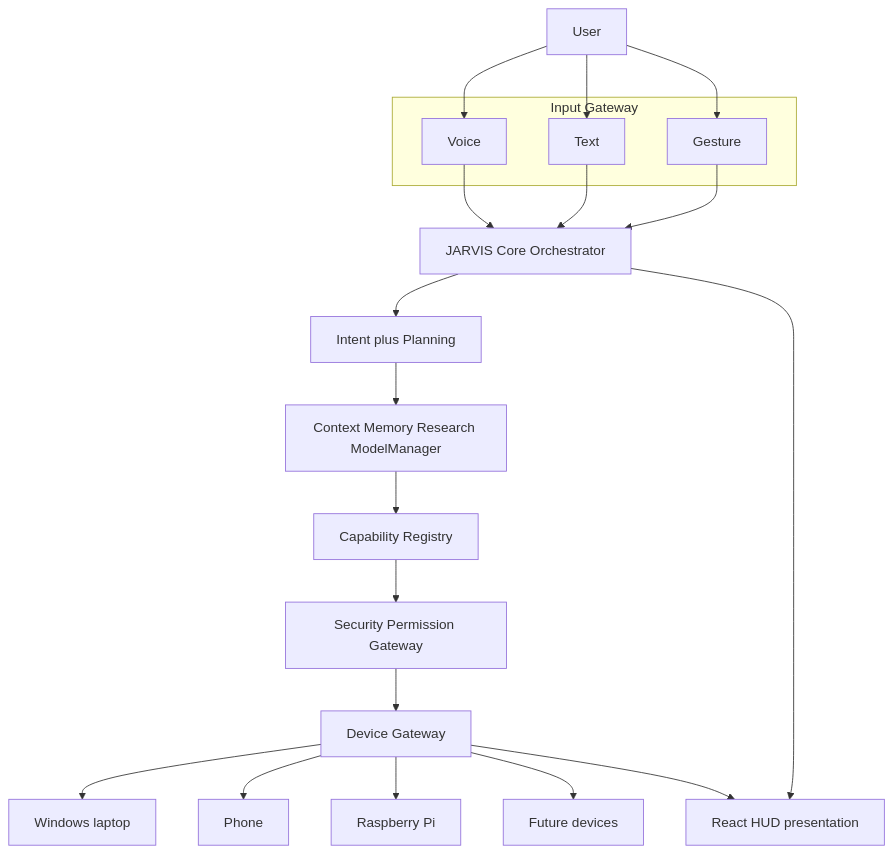
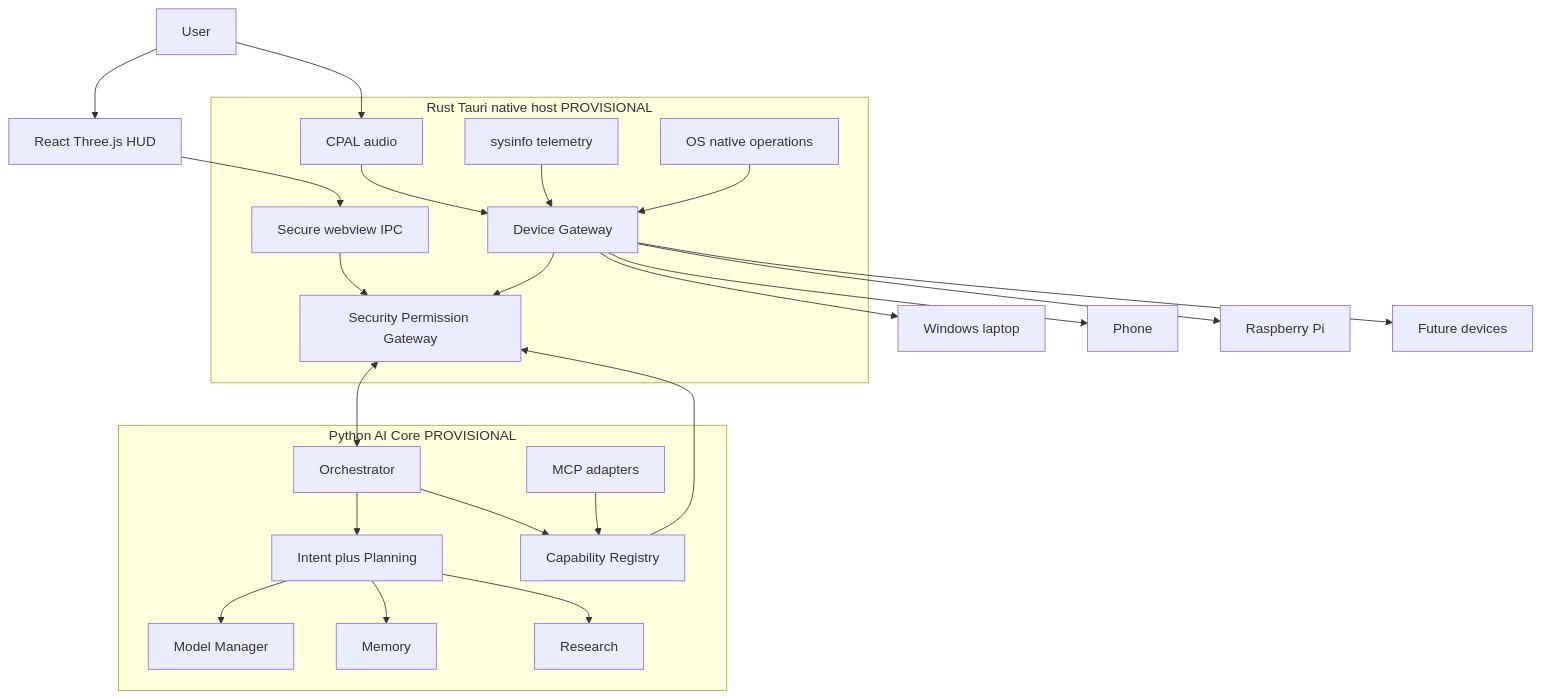
The diagram in docs/NAVEEN-MASTER-ARCHITECTURE.md (naveenchandar7/naveen-ai-jarvis), drawn with Mermaid before and after one commit. The commit also changed other lines of this file and 91 other files, not shown here.

Commit message:
docs: define hybrid NAVEEN architecture

````diff
--- a/docs/NAVEEN-MASTER-ARCHITECTURE.md
+++ b/docs/NAVEEN-MASTER-ARCHITECTURE.md
@@ -47,38 +102,47 @@
 ```mermaid
 flowchart TB
   User[User]
-  subgraph inputs [Input Gateway]
-    Voice[Voice]
-    Text[Text]
-    Gesture[Gesture]
+  HUD[React Three.js HUD]
+  subgraph rustHost [Rust Tauri native host PROVISIONAL]
+    TauriIPC[Secure webview IPC]
+    Sec[Security Permission Gateway]
+    Dev[Device Gateway]
+    Audio[CPAL audio]
+    Tele[sysinfo telemetry]
+    OsOps[OS native operations]
   end
-  Core[JARVIS Core Orchestrator]
-  Intent[Intent plus Planning]
-  Ctx[Context Memory Research ModelManager]
-  Caps[Capability Registry]
-  Sec[Security Permission Gateway]
-  Dev[Device Gateway]
+  subgraph pyCore [Python AI Core PROVISIONAL]
+    Orch[Orchestrator]
+    Intent[Intent plus Planning]
+    Models[Model Manager]
+    Mem[Memory]
+    Research[Research]
+    Caps[Capability Registry]
+    Mcp[MCP adapters]
+  end
   Laptop[Windows laptop]
   Phone[Phone]
   Pi[Raspberry Pi]
   Future[Future devices]
-  HUD[React HUD presentation]
 
-  User --> Voice
-  User --> Text
-  User --> Gesture
-  Voice --> Core
-  Text --> Core
-  Gesture --> Core
-  Core --> Intent
-  Intent --> Ctx
-  Ctx --> Caps
+  User --> HUD
+  User --> Audio
+  HUD --> TauriIPC
+  TauriIPC --> Sec
+  Audio --> Dev
+  Tele --> Dev
+  OsOps --> Dev
+  Dev --> Sec
+  Sec <--> Orch
+  Orch --> Intent
+  Intent --> Models
+  Intent --> Mem
+  Intent --> Research
+  Orch --> Caps
   Caps --> Sec
-  Sec --> Dev
+  Mcp --> Caps
   Dev --> Laptop
   Dev --> Phone
   Dev --> Pi
   Dev --> Future
-  Core --> HUD
-  Dev --> HUD
 ```
````
